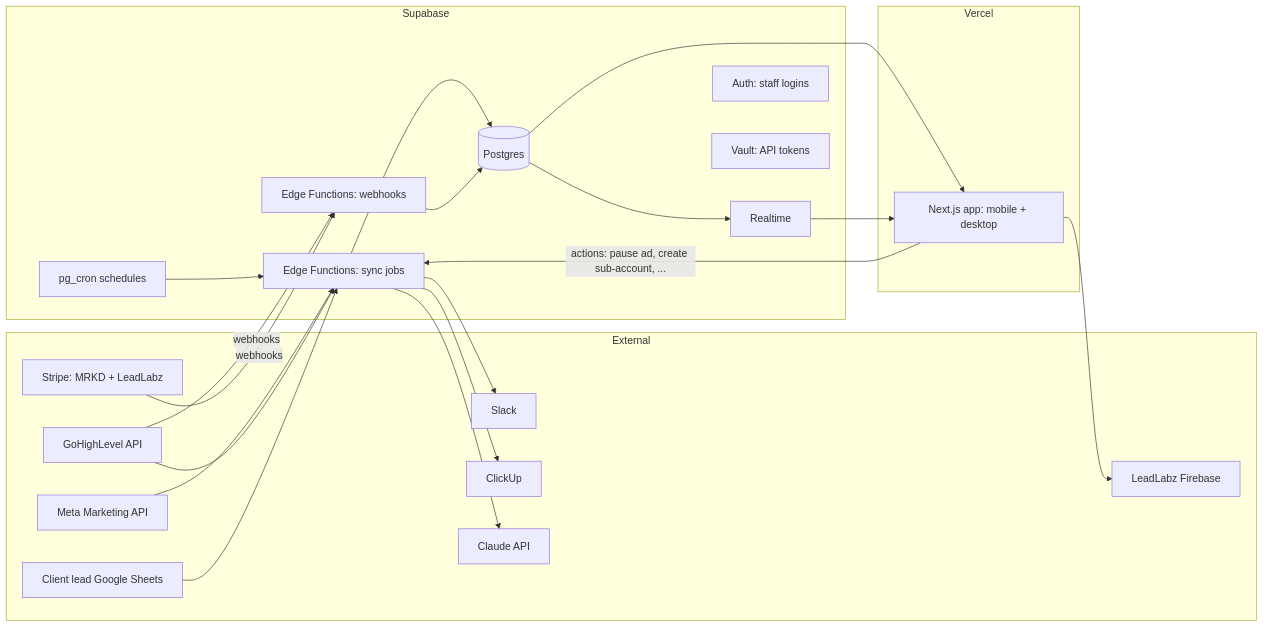
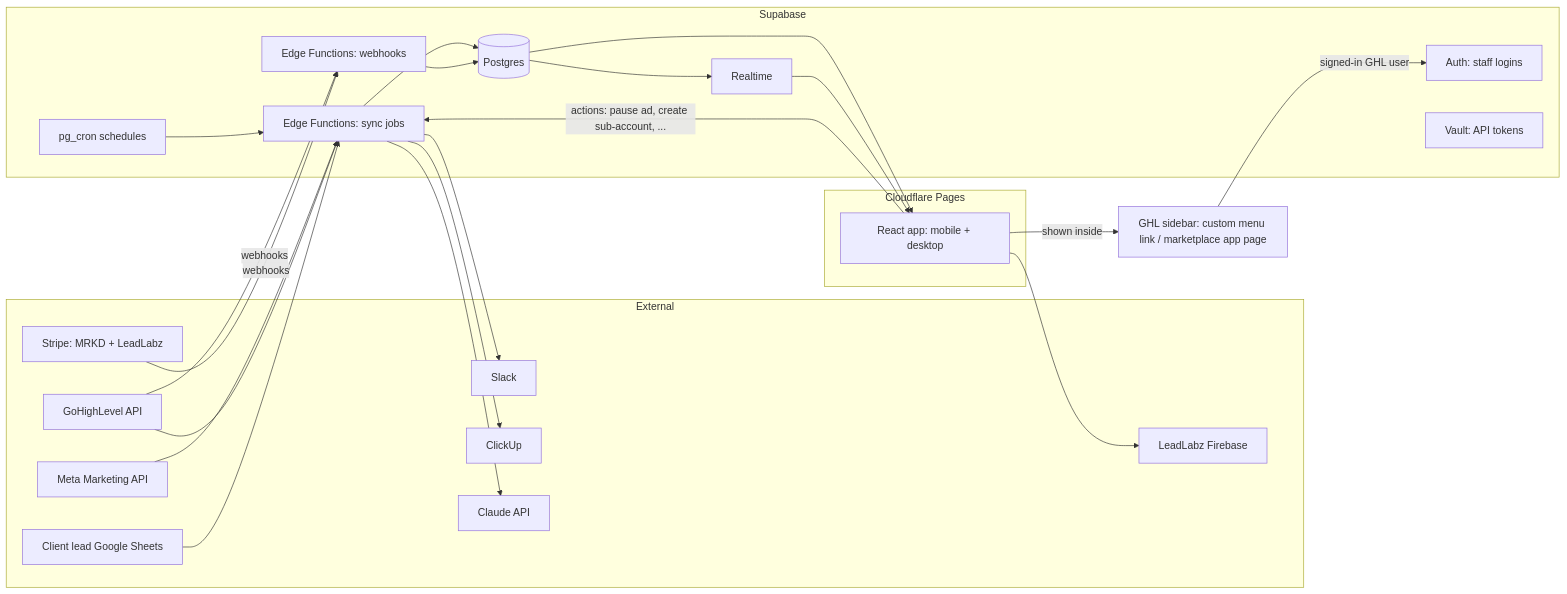
The first of 2 diagrams in docs/plan.md (mrkdmarketing-tech/Sitebuilder), drawn with Mermaid before and after one commit. The commit also changed other lines of this file and 1 other file, not shown here.

First line of the commit message:
Plan: host on Cloudflare Pages and embed in GHL

````diff
--- a/docs/plan.md
+++ b/docs/plan.md
@@ -23,36 +23,38 @@
 ```mermaid
 flowchart LR
   subgraph External
     Meta[Meta Marketing API]
     GHL[GoHighLevel API]
     Stripe[Stripe: MRKD + LeadLabz]
     Sheets[Client lead Google Sheets]
     Slack
     ClickUp
     Claude[Claude API]
     Firebase[LeadLabz Firebase]
   end
   subgraph Supabase
     Cron[pg_cron schedules] --> Jobs[Edge Functions: sync jobs]
     Jobs --> DB[(Postgres)]
     Hooks[Edge Functions: webhooks] --> DB
     DB --> RT[Realtime]
     Auth[Auth: staff logins]
     Vault[Vault: API tokens]
   end
   Meta --> Jobs
   GHL --> Jobs
   GHL -- webhooks --> Hooks
   Stripe -- webhooks --> Hooks
   Sheets --> Jobs
   Jobs --> Slack
-  subgraph Vercel
-    App[Next.js app: mobile + desktop]
+  subgraph Cloudflare Pages
+    App[React app: mobile + desktop]
   end
+  App -- shown inside --> GHLMenu[GHL sidebar: custom menu link / marketplace app page]
+  GHLMenu -- signed-in GHL user --> Auth
   DB --> App
   RT --> App
   App -- actions: pause ad, create sub-account, ... --> Jobs
   Jobs --> ClickUp
   Jobs --> Claude
   App --> Firebase
 ```
````
